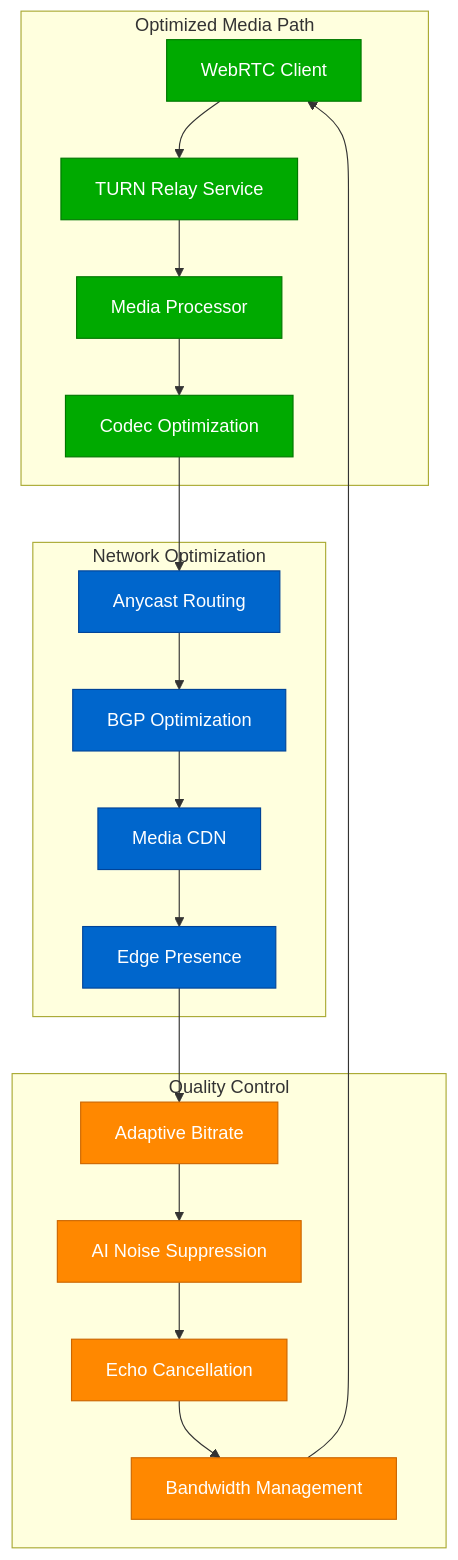
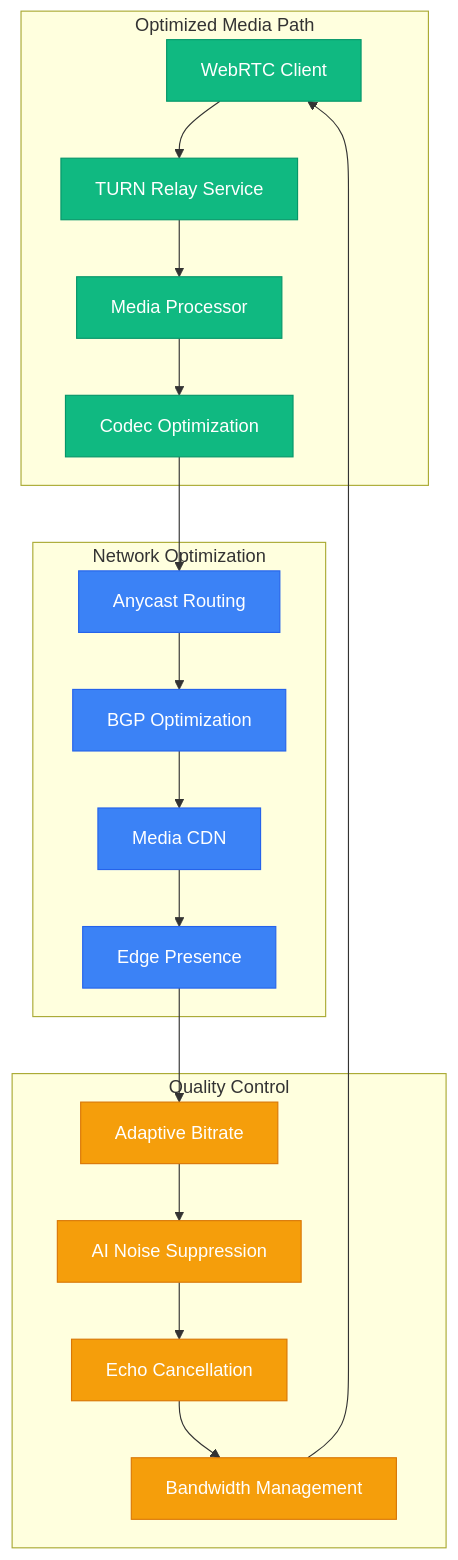
The eighth of 8 diagrams in site/docs/systems/microsoft/request-flow.md (deepaucksharma/DS), drawn with Mermaid before and after one commit. The commit also changed other lines of this file and 303 other files, not shown here.

````diff
--- a/site/docs/systems/microsoft/request-flow.md
+++ b/site/docs/systems/microsoft/request-flow.md
@@ -471,48 +471,48 @@
 ```mermaid
 graph TB
     subgraph MediaPath[Optimized Media Path]
         WEBRTC[WebRTC Client]
         TURN_RELAY[TURN Relay Service]
         MEDIA_PROCESSOR[Media Processor]
         CODEC_OPT[Codec Optimization]
     end
 
     subgraph NetworkOpt[Network Optimization]
         ANYCAST[Anycast Routing]
         BGP_OPT[BGP Optimization]
         CDN_MEDIA[Media CDN]
         EDGE_PRESENCE[Edge Presence]
     end
 
     subgraph QualityControl[Quality Control]
         ADAPTIVE_BITRATE[Adaptive Bitrate]
         NOISE_SUPPRESSION[AI Noise Suppression]
         ECHO_CANCELLATION[Echo Cancellation]
         BANDWIDTH_MGMT[Bandwidth Management]
     end
 
     WEBRTC --> TURN_RELAY
     TURN_RELAY --> MEDIA_PROCESSOR
     MEDIA_PROCESSOR --> CODEC_OPT
 
     ANYCAST --> BGP_OPT
     BGP_OPT --> CDN_MEDIA
     CDN_MEDIA --> EDGE_PRESENCE
 
     ADAPTIVE_BITRATE --> NOISE_SUPPRESSION
     NOISE_SUPPRESSION --> ECHO_CANCELLATION
     ECHO_CANCELLATION --> BANDWIDTH_MGMT
 
     %% Cross-integration
     CODEC_OPT --> ANYCAST
     EDGE_PRESENCE --> ADAPTIVE_BITRATE
     BANDWIDTH_MGMT --> WEBRTC
 
-    classDef mediaStyle fill:#00AA00,stroke:#007700,color:#fff
-    classDef networkStyle fill:#0066CC,stroke:#004499,color:#fff
-    classDef qualityStyle fill:#FF8800,stroke:#CC6600,color:#fff
+    classDef mediaStyle fill:#10B981,stroke:#059669,color:#fff
+    classDef networkStyle fill:#3B82F6,stroke:#2563EB,color:#fff
+    classDef qualityStyle fill:#F59E0B,stroke:#D97706,color:#fff
 
     class WEBRTC,TURN_RELAY,MEDIA_PROCESSOR,CODEC_OPT mediaStyle
     class ANYCAST,BGP_OPT,CDN_MEDIA,EDGE_PRESENCE networkStyle
     class ADAPTIVE_BITRATE,NOISE_SUPPRESSION,ECHO_CANCELLATION,BANDWIDTH_MGMT qualityStyle
 ```
````
